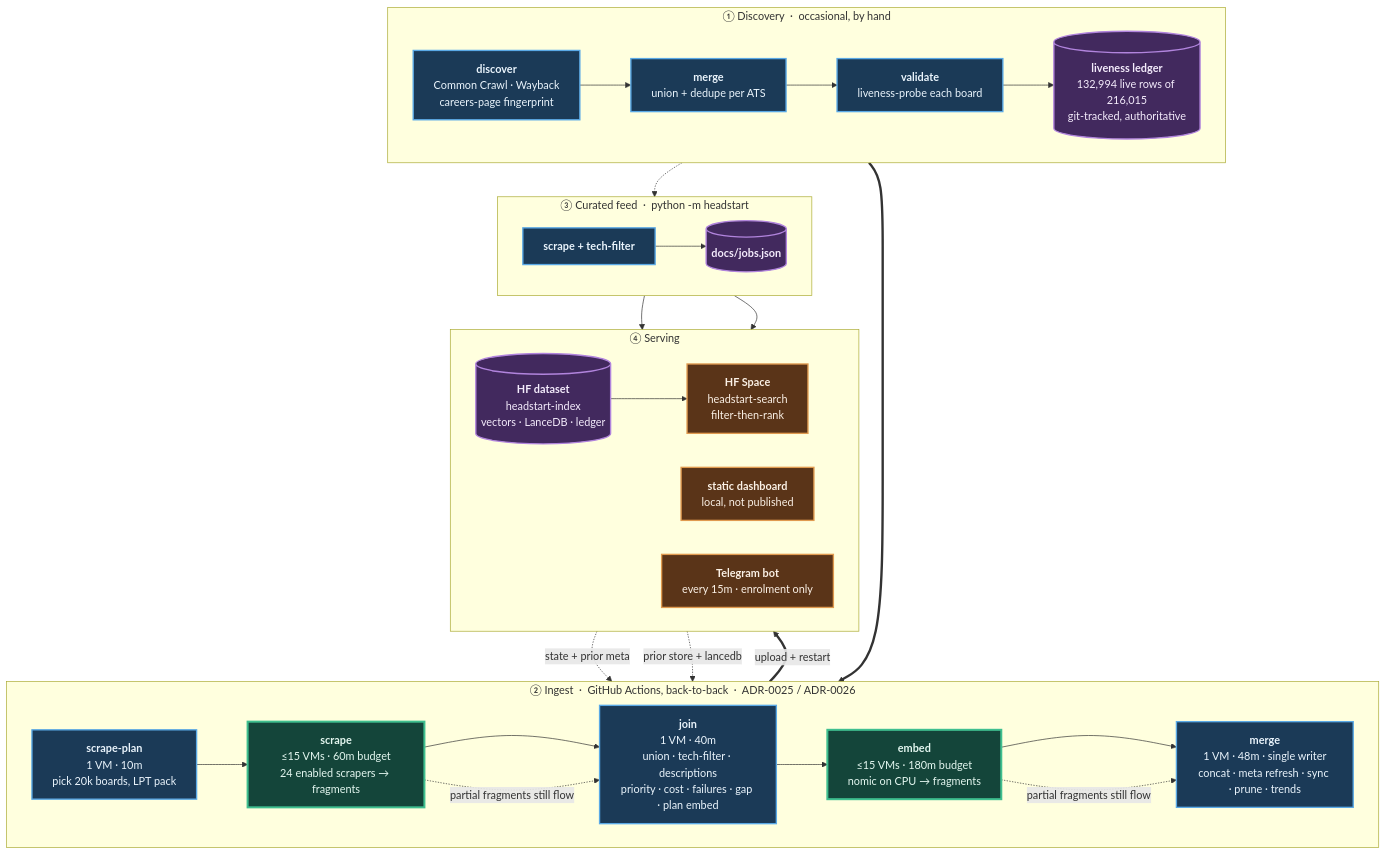
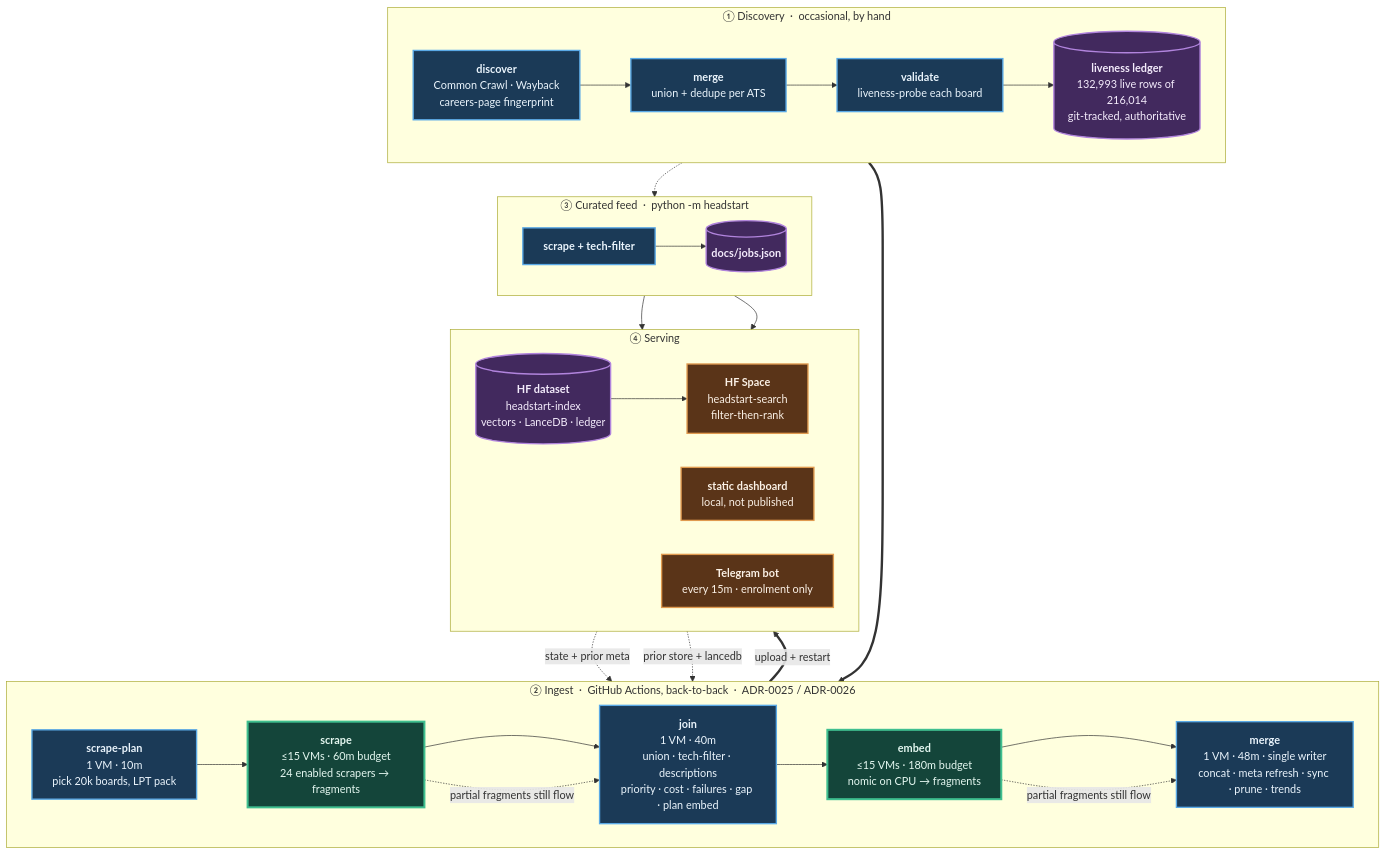
The diagram in README.md (sarthakjain004/headstart), drawn with Mermaid before and after one commit. The commit also changed other lines of this file and 8 other files, not shown here.

````diff
--- a/README.md
+++ b/README.md
@@ -84,56 +84,56 @@
 ```mermaid
 flowchart TB
     subgraph D["① Discovery &nbsp;·&nbsp; occasional, by hand"]
         direction LR
         D1["<b>discover</b><br/>Common Crawl · Wayback<br/>careers-page fingerprint"]
         D2["<b>merge</b><br/>union + dedupe per ATS"]
         D3["<b>validate</b><br/>liveness-probe each board"]
-        D4[("<b>liveness ledger</b><br/>132,994 live rows of 216,015<br/>git-tracked, authoritative")]
+        D4[("<b>liveness ledger</b><br/>132,993 live rows of 216,014<br/>git-tracked, authoritative")]
         D1 --> D2 --> D3 --> D4
     end
 
     subgraph P["② Ingest &nbsp;·&nbsp; GitHub Actions, back-to-back &nbsp;·&nbsp; ADR-0025 / ADR-0026"]
         direction LR
         P1["<b>scrape-plan</b><br/>1 VM · 10m<br/>pick 20k boards, LPT pack"]
         P2["<b>scrape</b><br/>≤15 VMs · 60m budget<br/>24 enabled scrapers → fragments"]
         P3["<b>join</b><br/>1 VM · 40m<br/>union · tech-filter · descriptions<br/>priority · cost · failures · gap · plan embed"]
         P4["<b>embed</b><br/>≤15 VMs · 180m budget<br/>nomic on CPU → fragments"]
         P5["<b>merge</b><br/>1 VM · 48m · single writer<br/>concat · meta refresh · sync · prune · trends"]
         P1 --> P2 --> P3 --> P4 --> P5
     end
 
     subgraph F["③ Curated feed &nbsp;·&nbsp; python -m headstart"]
         direction LR
         F1["<b>scrape + tech-filter</b>"]
         F2[("<b>docs/jobs.json</b>")]
         F1 --> F2
     end
 
     subgraph S["④ Serving"]
         direction LR
         S1[("<b>HF dataset</b><br/>headstart-index<br/>vectors · LanceDB · ledger")]
         S2["<b>HF Space</b><br/>headstart-search<br/>filter-then-rank"]
         S3["<b>static dashboard</b><br/>local, not published"]
         S4["<b>Telegram bot</b><br/>every 15m · enrolment only"]
         S1 --> S2
     end
 
     D4 ==> P1
     S1 -. "state + prior meta" .-> P1
     S1 -. "prior store + lancedb" .-> P5
     D4 -.-> F1
     P5 ==>|"upload + restart"| S1
     F2 --> S3
     F2 --> S4
     P2 -. "partial fragments still flow" .-> P3
     P4 -. "partial fragments still flow" .-> P5
 
     classDef serial fill:#1b3a57,stroke:#5aa9e6,stroke-width:2px,color:#eaf4fc
     classDef fan fill:#14453a,stroke:#3fbf8f,stroke-width:3px,color:#e4f7f0
     classDef store fill:#42295e,stroke:#b184dd,stroke-width:2px,color:#f4ecfc
     classDef serve fill:#5a3418,stroke:#e09a4f,stroke-width:2px,color:#fbf1e6
     class D1,D2,D3,P1,P3,P5,F1 serial
     class P2,P4 fan
     class D4,F2,S1 store
     class S2,S3,S4 serve
 ```
````
